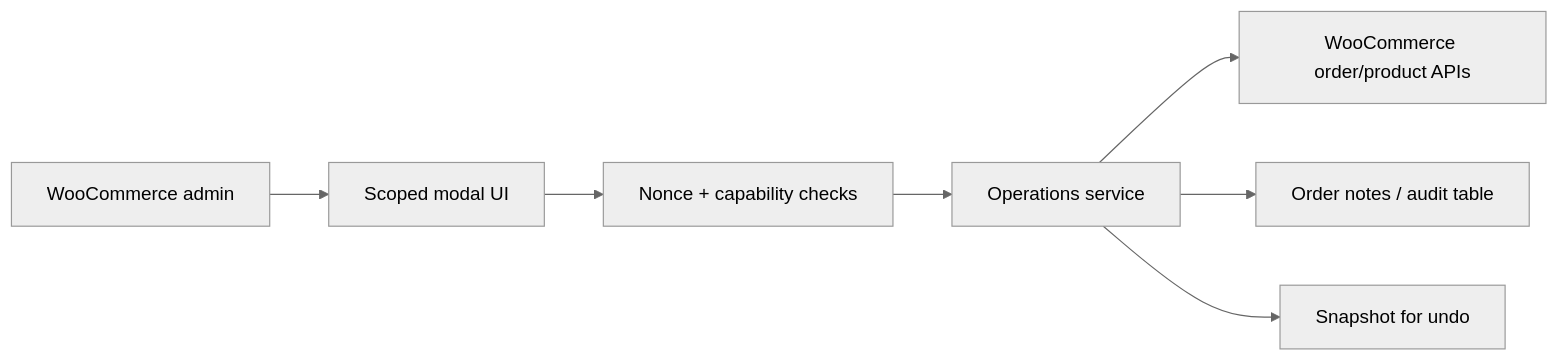
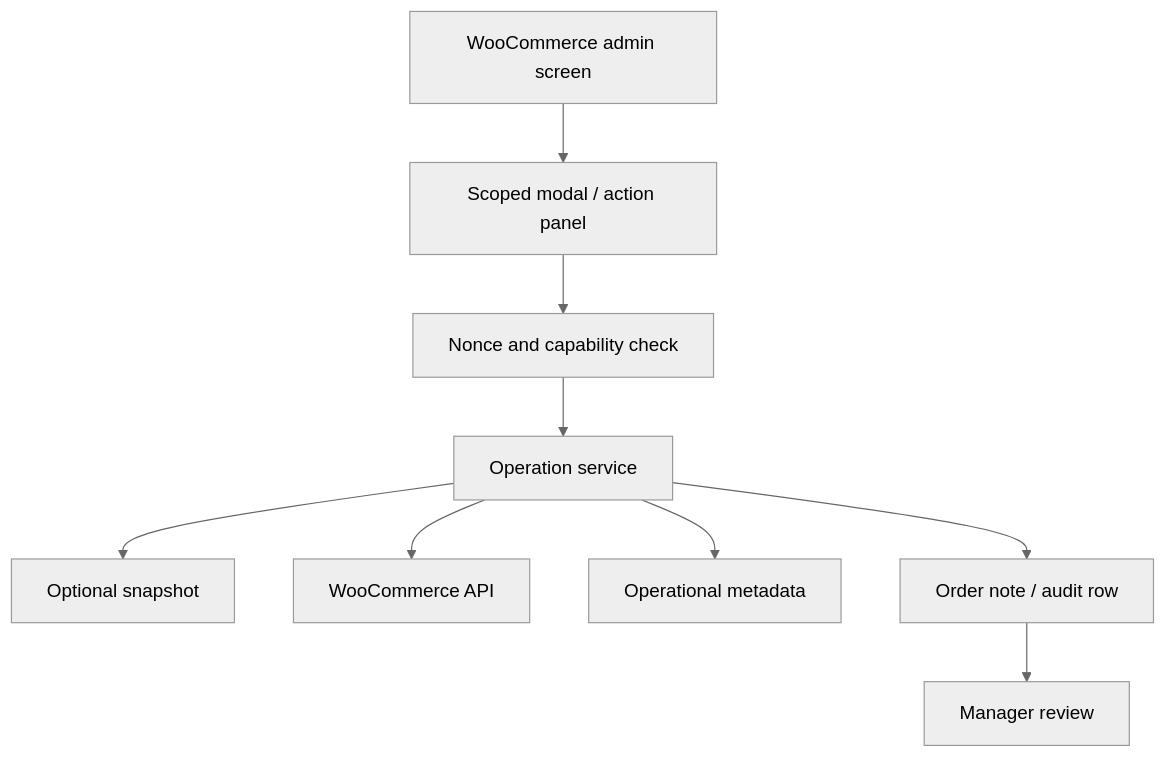
One commit to shiny-a2/a2-woocommerce-admin-ops-toolkit changed the diagram in README.md. Above: the diagram before and after it, drawn with Mermaid (neutral theme). The commit also changed other lines of this file and 3 other files, not shown here.

````diff
--- a/README.md
+++ b/README.md
@@ -33,9 +44,11 @@
 ```mermaid
-flowchart LR
-    Admin[WooCommerce admin] --> Modal[Scoped modal UI]
-    Modal --> Validator[Nonce + capability checks]
-    Validator --> Service[Operations service]
-    Service --> Woo[WooCommerce order/product APIs]
-    Service --> Audit[Order notes / audit table]
-    Service --> Snapshot[Snapshot for undo]
+flowchart TD
+    Admin[WooCommerce admin screen] --> UI[Scoped modal / action panel]
+    UI --> Nonce[Nonce and capability check]
+    Nonce --> Service[Operation service]
+    Service --> Snapshot[Optional snapshot]
+    Service --> Woo[WooCommerce API]
+    Service --> Store[Operational metadata]
+    Service --> Audit[Order note / audit row]
+    Audit --> Review[Manager review]
 ```
````
